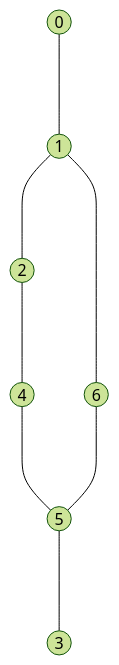
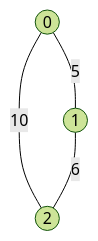
Before and after one commit to sgorgun/minimum-spanning-tree-task-python: the second of 4 diagrams in README.md, drawn with Mermaid (forest theme). The commit also changed other lines of this file, not shown here.

````diff
--- a/README.md
+++ b/README.md
@@ -91,12 +91,6 @@
 ```mermaid
 graph TD;
-    A((0)) ---- B((1));
-    B ---- H((6));
-    B ---- C((2));
-    E((4));
-    F((5));
-    F ---- D((3));
-    C ---- E;
-    E ---- F;
-    H ---- F;
+    A((0)) --5--- B((1));
+    A --10--- C((2));
+    B--6---C;
 ```
````
